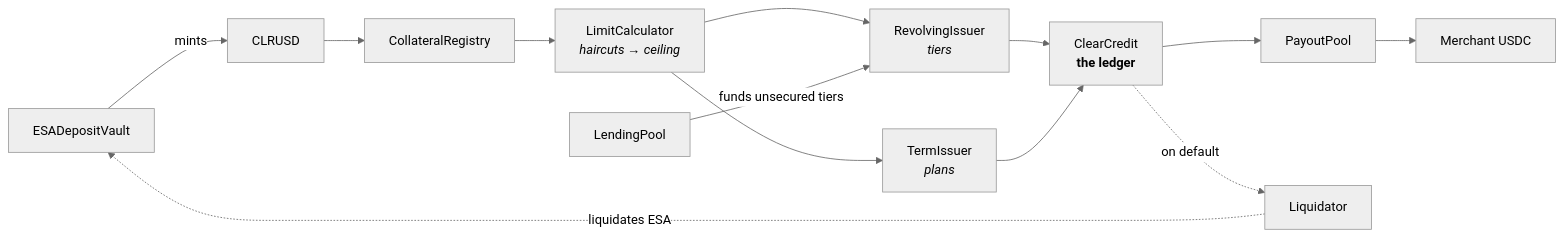
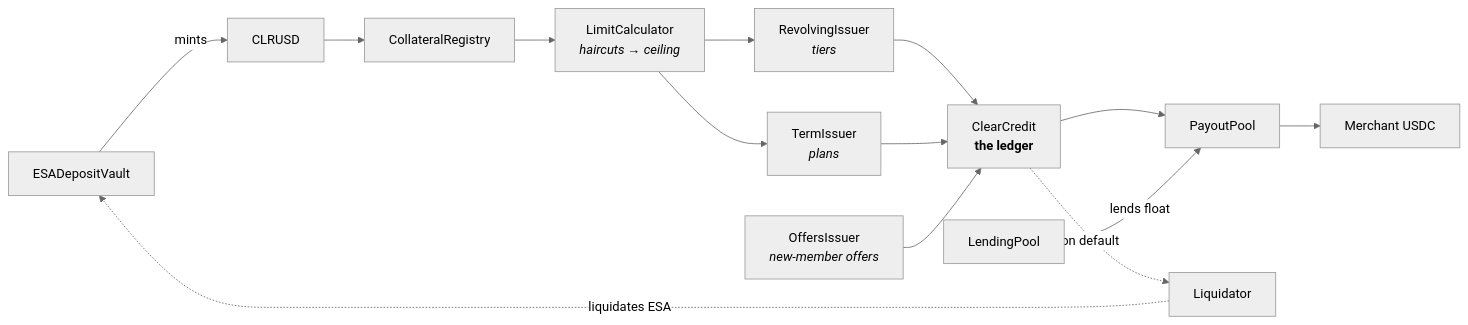
One commit to Deed3Labs/Protocol-Contracts changed the fourth of 6 diagrams in README.md. Above: the diagram before and after it, drawn with Mermaid (neutral theme). The commit also changed other lines of this file and 8 other files, not shown here.

````diff
--- a/README.md
+++ b/README.md
@@ -176,13 +198,14 @@
 ```mermaid
 flowchart LR
   V["ESADepositVault"] -->|"mints"| U["CLRUSD"]
   U --> CR["CollateralRegistry"]
   CR --> LC["LimitCalculator<br/><i>haircuts → ceiling</i>"]
   LC --> RI["RevolvingIssuer<br/><i>tiers</i>"]
   LC --> TI["TermIssuer<br/><i>plans</i>"]
-  LP["LendingPool"] -->|"funds unsecured tiers"| RI
   RI --> CC["ClearCredit<br/><b>the ledger</b>"]
   TI --> CC
+  OI["OffersIssuer<br/><i>new-member offers</i>"] --> CC
   CC --> PP["PayoutPool"] --> OUT["Merchant USDC"]
+  LP["LendingPool"] -->|"lends float"| PP
   CC -.->|"on default"| LQ["Liquidator"] -.->|"liquidates ESA"| V
 ```
````
